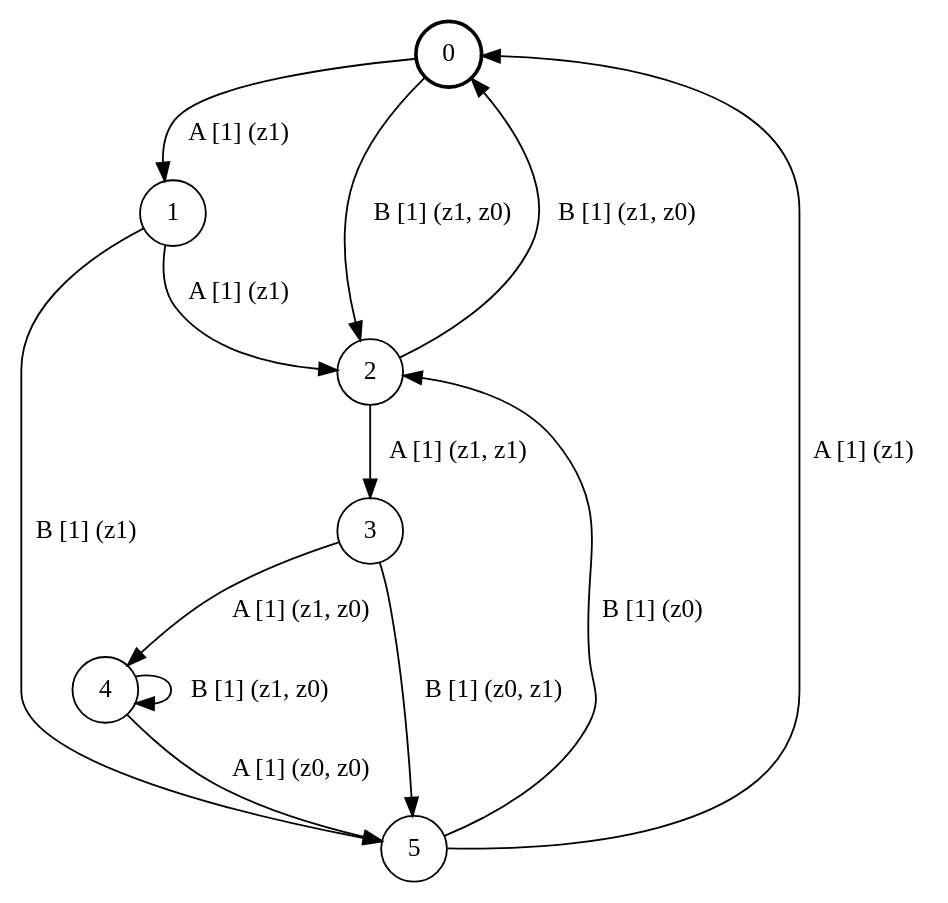
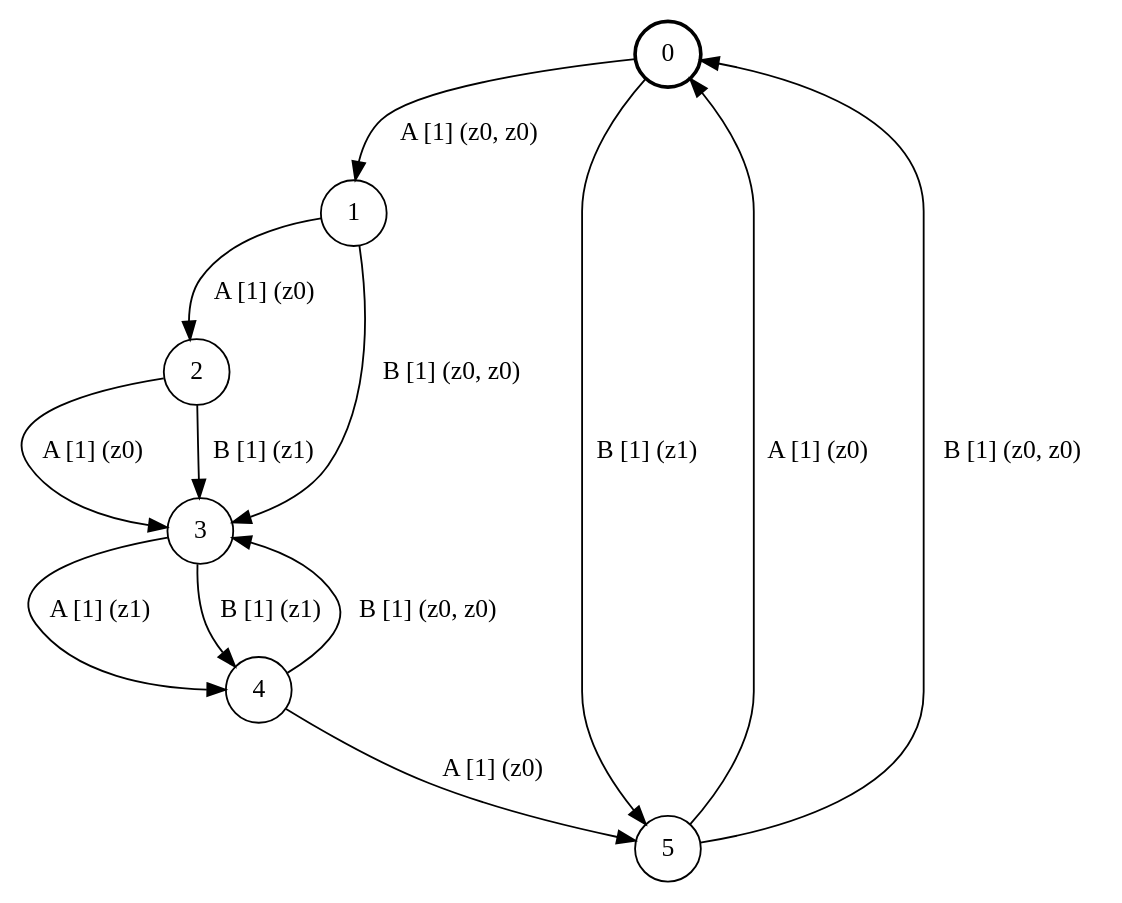
One commit to ulyantsev/EFSM-tools changed the diagram in qbf/testing/fsm_6s2e2a.dot. Above: the diagram before and after it, drawn with Graphviz. The commit also changed 5228 other files, not shown here.

```diff
--- a/qbf/testing/fsm_6s2e2a.dot
+++ b/qbf/testing/fsm_6s2e2a.dot
@@ -1,18 +1,18 @@
 # generated file, don't try to modify
 # command: dot -Tpng <filename> > tree.png
 digraph Automaton {
     node [shape = circle];
     0 [style = "bold"];
-    0 -> 1 [label = "A [1] (z1) "];
-    0 -> 2 [label = "B [1] (z1, z0) "];
-    1 -> 2 [label = "A [1] (z1) "];
-    1 -> 5 [label = "B [1] (z1) "];
-    2 -> 3 [label = "A [1] (z1, z1) "];
-    2 -> 0 [label = "B [1] (z1, z0) "];
-    3 -> 4 [label = "A [1] (z1, z0) "];
-    3 -> 5 [label = "B [1] (z0, z1) "];
-    4 -> 5 [label = "A [1] (z0, z0) "];
-    4 -> 4 [label = "B [1] (z1, z0) "];
-    5 -> 0 [label = "A [1] (z1) "];
-    5 -> 2 [label = "B [1] (z0) "];
+    0 -> 1 [label = "A [1] (z0, z0) "];
+    0 -> 5 [label = "B [1] (z1) "];
+    1 -> 2 [label = "A [1] (z0) "];
+    1 -> 3 [label = "B [1] (z0, z0) "];
+    2 -> 3 [label = "A [1] (z0) "];
+    2 -> 3 [label = "B [1] (z1) "];
+    3 -> 4 [label = "A [1] (z1) "];
+    3 -> 4 [label = "B [1] (z1) "];
+    4 -> 5 [label = "A [1] (z0) "];
+    4 -> 3 [label = "B [1] (z0, z0) "];
+    5 -> 0 [label = "A [1] (z0) "];
+    5 -> 0 [label = "B [1] (z0, z0) "];
 }
```
